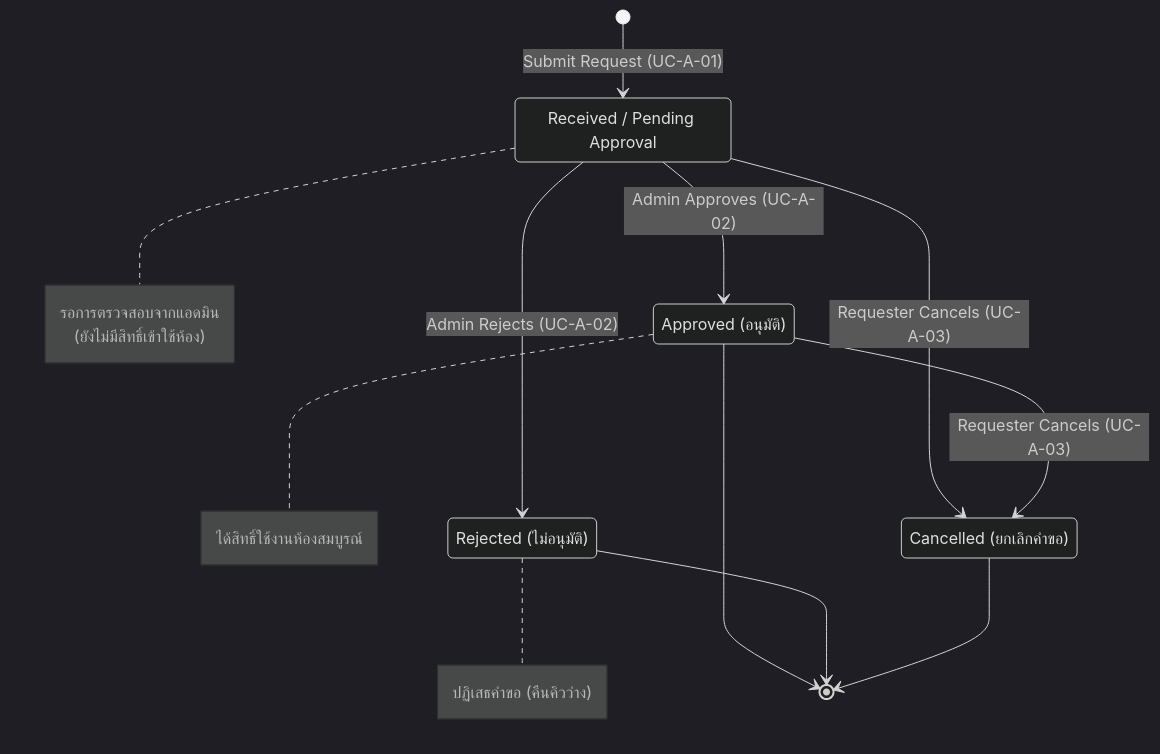
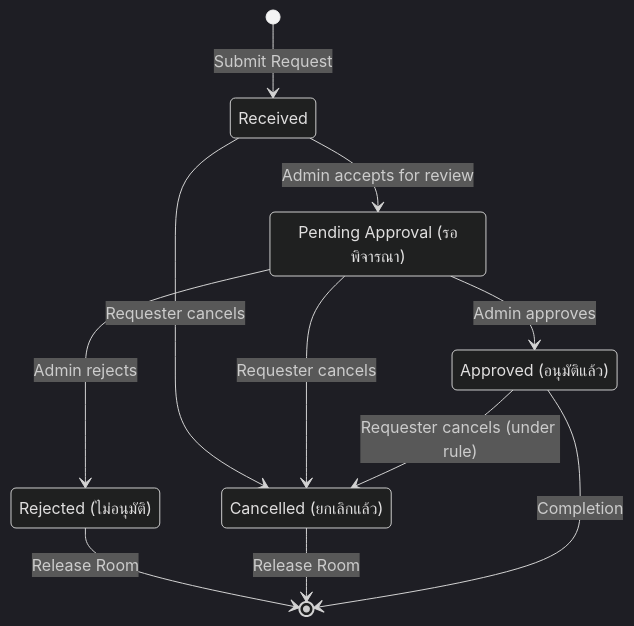
One commit to wongmano-cloud/project-case changed the diagram in P05_to_P07_Requirements.md. Above: the diagram before and after it, drawn with Mermaid (dark theme). The commit also changed other lines of this file, not shown here.

Commit message:
Update P07 with Detailed State Transition Table, Mermaid Diagram, Gaps, and Open Issues

````diff
--- a/P05_to_P07_Requirements.md
+++ b/P05_to_P07_Requirements.md
@@ -139,32 +151,22 @@
 ```mermaid
 stateDiagram-v2
-    [*] --> Received : Submit Request (UC-A-01)
+    [*] --> Received : Submit Request
     
-    state "Received / Pending Approval" as Received
-    note right of Received
-        รอการตรวจสอบจากแอดมิน
-        (ยังไม่มีสิทธิ์เข้าใช้ห้อง)
-    end note
+    Received --> PendingApproval : Admin accepts for review
+    Received --> Cancelled : Requester cancels
     
-    Received --> Approved : Admin Approves (UC-A-02)
-    Received --> Rejected : Admin Rejects (UC-A-02)
-    Received --> Cancelled : Requester Cancels (UC-A-03)
+    state "Pending Approval (รอพิจารณา)" as PendingApproval
+    PendingApproval --> Approved : Admin approves
+    PendingApproval --> Rejected : Admin rejects
+    PendingApproval --> Cancelled : Requester cancels
     
-    state "Approved (อนุมัติ)" as Approved
-    note right of Approved
-        ได้สิทธิ์ใช้งานห้องสมบูรณ์
-    end note
+    state "Approved (อนุมัติแล้ว)" as Approved
+    Approved --> Cancelled : Requester cancels (under rule)
     
     state "Rejected (ไม่อนุมัติ)" as Rejected
-    note right of Rejected
-        ปฏิเสธคำขอ (คืนคิวว่าง)
-    end note
+    state "Cancelled (ยกเลิกแล้ว)" as Cancelled
     
-    state "Cancelled (ยกเลิกคำขอ)" as Cancelled
-    
-    Approved --> Cancelled : Requester Cancels (UC-A-03)
-    
-    Approved --> [*]
-    Rejected --> [*]
-    Cancelled --> [*]
+    Rejected --> [*] : Release Room
+    Cancelled --> [*] : Release Room
+    Approved --> [*] : Completion
 ```
````
